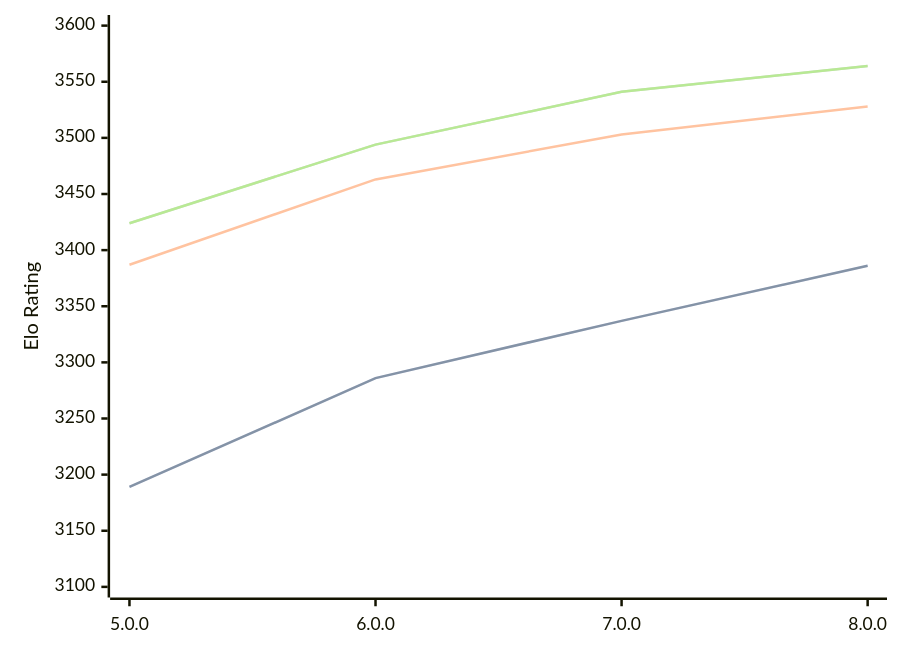
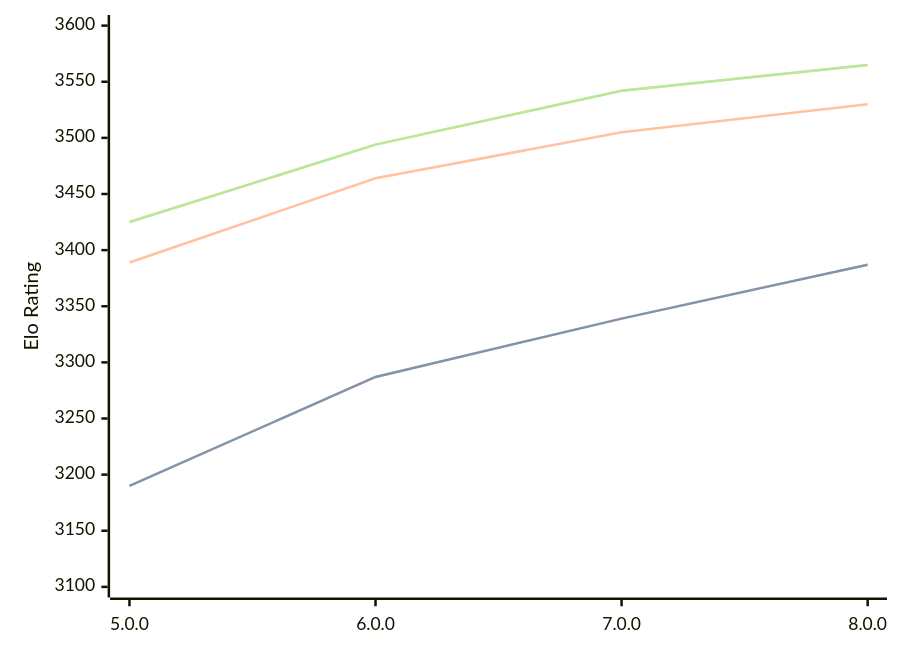
The diagram in engines/Stormphrax.md (computer-chess-index/cci), drawn with Mermaid before and after one commit. The commit also changed other lines of this file, not shown here.

Commit message:
Update CCI Ratings (ELO VLTC) - 2026-07-24

````diff
--- a/engines/Stormphrax.md
+++ b/engines/Stormphrax.md
@@ -39,11 +39,11 @@
 ```mermaid
 %%{init: {"theme":"base","themeVariables":{"seriesColors:['#a3a3a3','#222221','#faa371']}}}%%
 xychart-beta
   x-axis ["5.0.0", "6.0.0", "7.0.0", "8.0.0"]
   y-axis "Elo Rating" 3100 --> 3600
-  line "STC (8.0+0.08s)" [3189, 3286, 3337, 3386]
-  line "STC (8.0+0.08s)" [3189, 3286, 3337, 3386]
-  line "LTC (60.0+0.60s)" [3387, 3463, 3503, 3528]
-  line "VLTC (2m24s+1.12s)" [3424, 3494, 3541, 3564]
-  line "VLTC (2m24s+1.12s)" [3424, 3494, 3541, 3564]
+  line "STC (8.0+0.08s)" [3190, 3287, 3339, 3387]
+  line "STC (8.0+0.08s)" [3190, 3287, 3339, 3387]
+  line "LTC (60.0+0.60s)" [3389, 3464, 3505, 3530]
+  line "VLTC (2m24s+1.12s)" [3425, 3494, 3542, 3565]
+  line "VLTC (2m24s+1.12s)" [3425, 3494, 3542, 3565]
 ```
````
